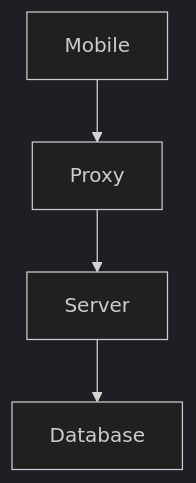
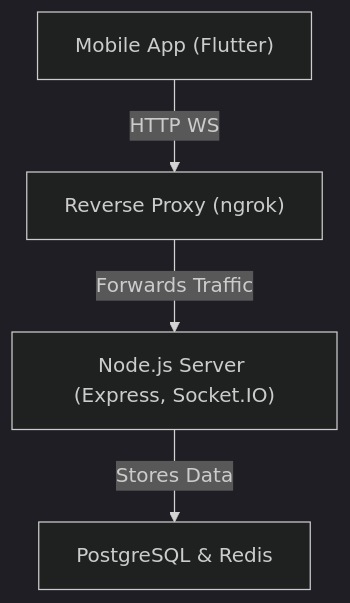
Before and after one commit to WRenchJr42/flight: the first of 2 diagrams in README.md, drawn with Mermaid (dark theme).

````diff
--- a/README.md
+++ b/README.md
@@ -60,6 +60,6 @@
 ```mermaid
 flowchart TD
-    A[Mobile] --> B[Proxy]
-    B --> C[Server]
-    C --> D[Database]
+    A["Mobile App (Flutter)"] -->|"HTTP WS"| B["Reverse Proxy (ngrok)"]
+    B -->|"Forwards Traffic"| C["Node.js Server (Express, Socket.IO)"]
+    C -->|"Stores Data"| D["PostgreSQL & Redis"]
 ```
````
